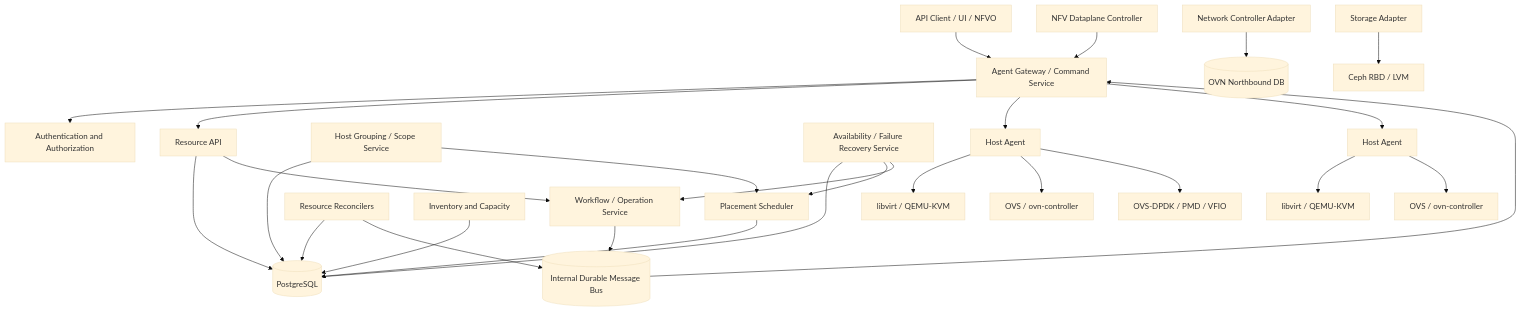
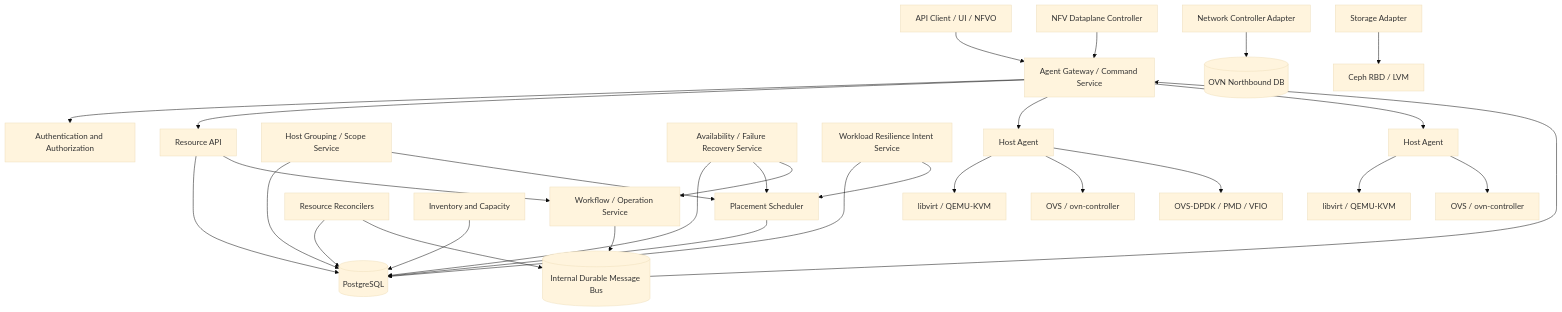
One commit to si32288564/kvm-infrastructure-manager changed the second of 3 diagrams in docs/architecture.md. Above: the diagram before and after it, drawn with Mermaid (base theme). The commit also changed other lines of this file and 24 other files, not shown here.

Commit message:
docs: define resilience intent and recovery control

````diff
--- a/docs/architecture.md
+++ b/docs/architecture.md
@@ -40,29 +40,31 @@
 ```mermaid
 flowchart TB
     Client["API Client / UI / NFVO"] --> Gateway["API Gateway"]
     Gateway --> IAM["Authentication and Authorization"]
     Gateway --> API["Resource API"]
     API --> DB[("PostgreSQL")]
     API --> Workflow["Workflow / Operation Service"]
     Workflow --> Bus[("Internal Durable Message Bus")]
     Scheduler["Placement Scheduler"] --> DB
     Grouping["Host Grouping / Scope Service"] --> DB
     Grouping --> Scheduler
     Recovery["Availability / Failure Recovery Service"] --> DB
     Recovery --> Scheduler
     Recovery --> Workflow
+    Resilience["Workload Resilience Intent Service"] --> DB
+    Resilience --> Scheduler
     Reconciler["Resource Reconcilers"] --> DB
     Reconciler --> Bus
     Inventory["Inventory and Capacity"] --> DB
     Bus --> Gateway["Agent Gateway / Command Service"]
     Gateway --> Agent1["Host Agent"]
     Gateway --> AgentN["Host Agent"]
     Agent1 --> Libvirt1["libvirt / QEMU-KVM"]
     AgentN --> LibvirtN["libvirt / QEMU-KVM"]
     Agent1 --> OVS1["OVS / ovn-controller"]
     AgentN --> OVSN["OVS / ovn-controller"]
     NetworkCtl["Network Controller Adapter"] --> OVNDB[("OVN Northbound DB")]
     StorageCtl["Storage Adapter"] --> RBD["Ceph RBD / LVM"]
     DataplaneCtl["NFV Dataplane Controller"] --> Gateway
     Agent1 --> DPDK1["OVS-DPDK / PMD / VFIO"]
 ```
````
